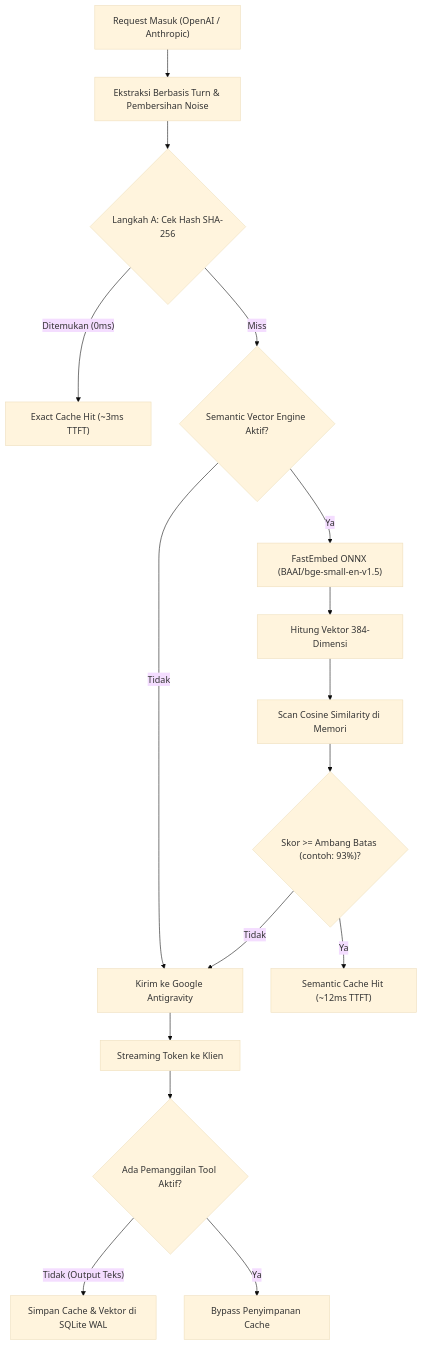
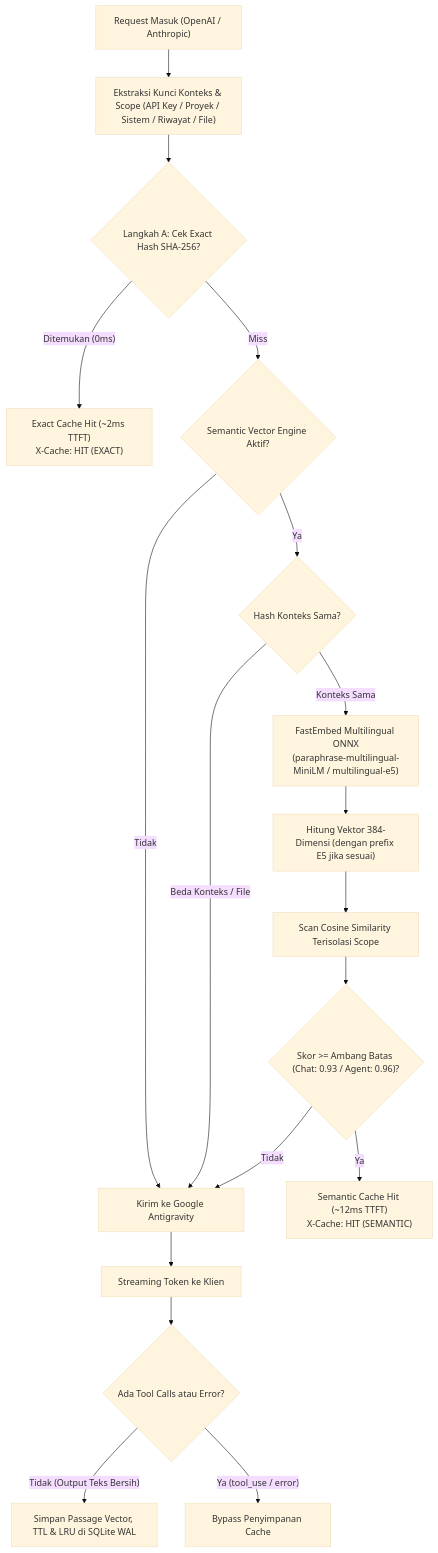
The second of 2 diagrams in locales/id/README.md (irhamkaraman/prime-gate-proxy-antigravity-lik), drawn with Mermaid (base theme) before and after one commit. The commit also changed other lines of this file and 82 other files, not shown here.

Commit message:
chore(release): v1.2.4 - client API key policy enforcement, dynamic whitelisting & cache scope isolation

````diff
--- a/locales/id/README.md
+++ b/locales/id/README.md
@@ -112,24 +126,27 @@
 ```mermaid
 graph TD
     Request["Request Masuk (OpenAI / Anthropic)"]
-    --> Extract["Ekstraksi Berbasis Turn & Pembersihan Noise"]
+    --> Extract["Ekstraksi Kunci Konteks & Scope (API Key / Proyek / Sistem / Riwayat / File)"]
     
-    Extract --> StepA{"Langkah A: Cek Hash SHA-256"}
-    StepA -->|"Ditemukan (0ms)"| ExactHit["Exact Cache Hit (~3ms TTFT)"]
+    Extract --> StepA{"Langkah A: Cek Exact Hash SHA-256?"}
+    StepA -->|"Ditemukan (0ms)"| ExactHit["Exact Cache Hit (~2ms TTFT)<br/>X-Cache: HIT (EXACT)"]
     
     StepA -->|"Miss"| StepB{"Semantic Vector Engine Aktif?"}
     StepB -->|"Tidak"| Upstream["Kirim ke Google Antigravity"]
     
-    StepB -->|"Ya"| FastEmbed["FastEmbed ONNX (BAAI/bge-small-en-v1.5)"]
-    FastEmbed --> Vector["Hitung Vektor 384-Dimensi"]
-    Vector --> Cosine["Scan Cosine Similarity di Memori"]
+    StepB -->|"Ya"| ContextCheck{"Hash Konteks Sama?"}
+    ContextCheck -->|"Beda Konteks / File"| Upstream
     
-    Cosine --> Check{"Skor >= Ambang Batas (contoh: 93%)?"}
-    Check -->|"Ya"| SemanticHit["Semantic Cache Hit (~12ms TTFT)"]
+    ContextCheck -->|"Konteks Sama"| FastEmbed["FastEmbed Multilingual ONNX<br/>(paraphrase-multilingual-MiniLM / multilingual-e5)"]
+    FastEmbed --> Vector["Hitung Vektor 384-Dimensi (dengan prefix E5 jika sesuai)"]
+    Vector --> Cosine["Scan Cosine Similarity Terisolasi Scope"]
+    
+    Cosine --> Check{"Skor >= Ambang Batas (Chat: 0.93 / Agent: 0.96)?"}
+    Check -->|"Ya"| SemanticHit["Semantic Cache Hit (~12ms TTFT)<br/>X-Cache: HIT (SEMANTIC)"]
     Check -->|"Tidak"| Upstream
     
     Upstream --> Stream["Streaming Token ke Klien"]
-    Stream --> Save{"Ada Pemanggilan Tool Aktif?"}
-    Save -->|"Tidak (Output Teks)"| Store["Simpan Cache & Vektor di SQLite WAL"]
-    Save -->|"Ya"| Skip["Bypass Penyimpanan Cache"]
+    Stream --> Save{"Ada Tool Calls atau Error?"}
+    Save -->|"Tidak (Output Teks Bersih)"| Store["Simpan Passage Vector, TTL & LRU di SQLite WAL"]
+    Save -->|"Ya (tool_use / error)"| Skip["Bypass Penyimpanan Cache"]
 ```
````
